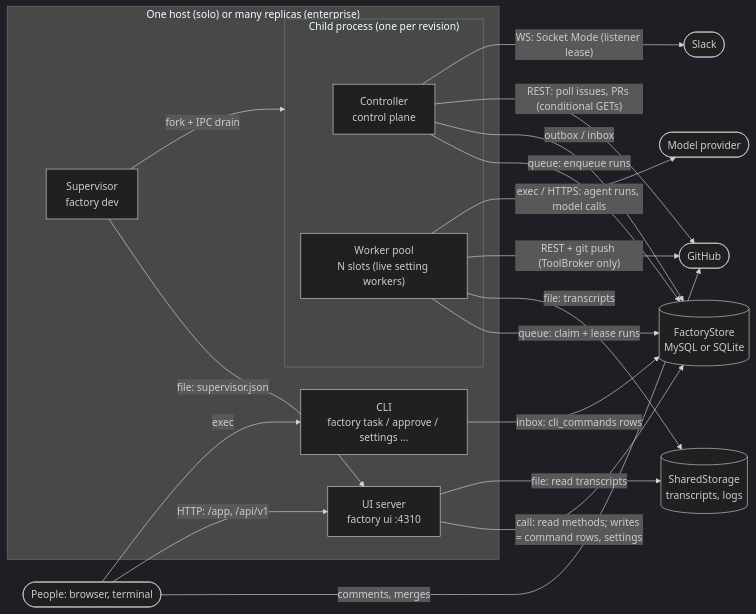
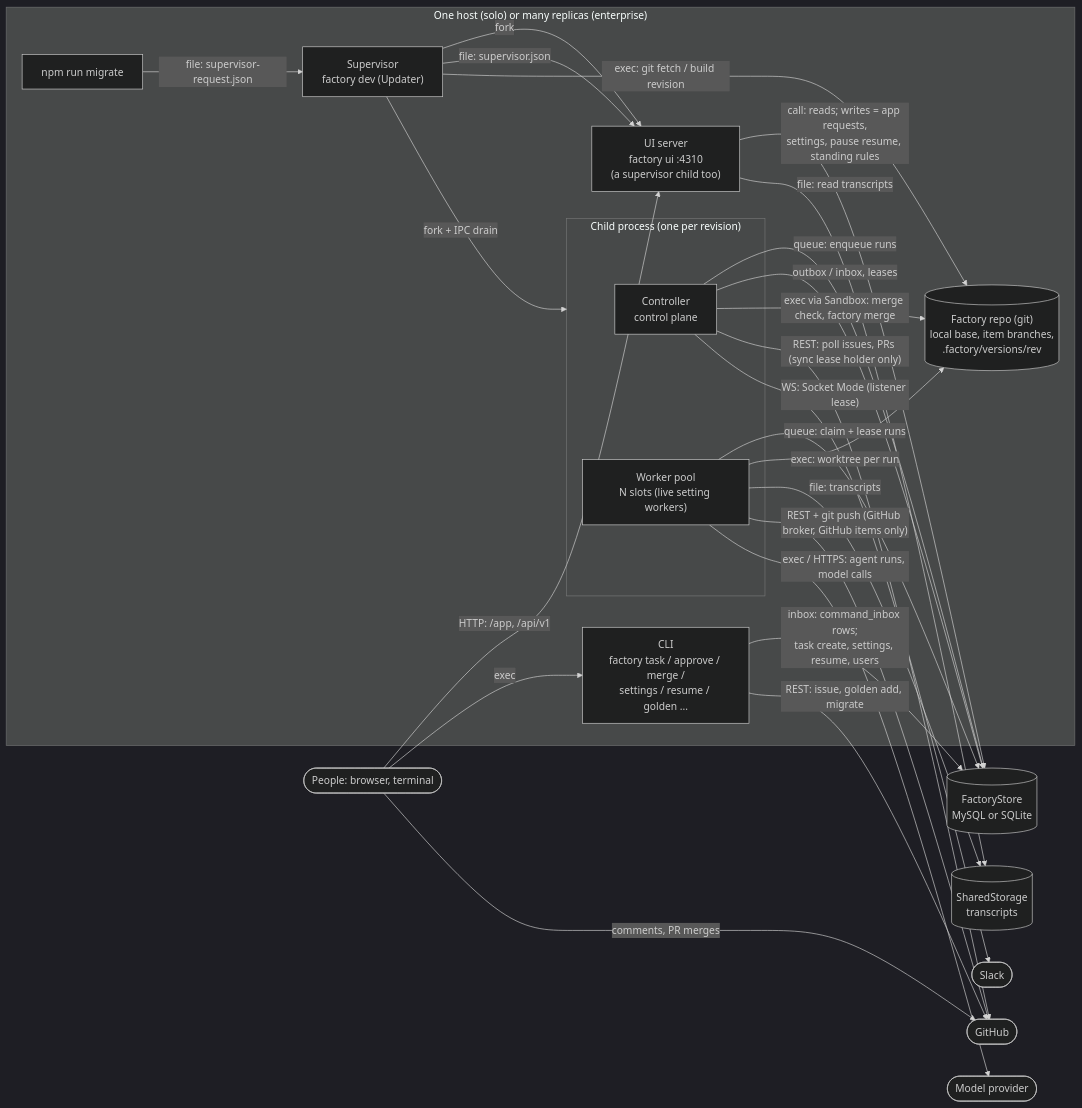
One commit to seonWKim/software-factory changed the first of 6 diagrams in ARCHITECTURE.md. Above: the diagram before and after it, drawn with Mermaid (dark theme). The commit also changed other lines of this file, not shown here.

First line of the commit message:
ARCHITECTURE.md: match main, add local route and local-first gaps

````diff
--- a/ARCHITECTURE.md
+++ b/ARCHITECTURE.md
@@ -28,36 +28,44 @@
 ```mermaid
 graph LR
   subgraph HOST["One host (solo) or many replicas (enterprise)"]
-    SUP["Supervisor<br/>factory dev"]
+    SUP["Supervisor<br/>factory dev (Updater)"]
     subgraph CHILD["Child process (one per revision)"]
       CTL["Controller<br/>control plane"]
       WP["Worker pool<br/>N slots (live setting workers)"]
     end
-    UI["UI server<br/>factory ui :4310"]
-    CLI["CLI<br/>factory task / approve / settings ..."]
+    UI["UI server<br/>factory ui :4310<br/>(a supervisor child too)"]
+    CLI["CLI<br/>factory task / approve / merge /<br/>settings / resume / golden ..."]
+    MIG["npm run migrate"]
+    REPO[("Factory repo (git)<br/>local base, item branches,<br/>.factory/versions/rev")]
   end
 
   STORE[("FactoryStore<br/>MySQL or SQLite")]
-  STG[("SharedStorage<br/>transcripts, logs")]
+  STG[("SharedStorage<br/>transcripts")]
   GH(["GitHub"])
   SL(["Slack"])
   LLM(["Model provider"])
   PEOPLE(["People: browser, terminal"])
 
   SUP -- "fork + IPC drain" --> CHILD
+  SUP -- "fork" --> UI
   SUP -- "file: supervisor.json" --> UI
+  MIG -- "file: supervisor-request.json" --> SUP
+  SUP -- "exec: git fetch / build revision" --> REPO
   CTL -- "queue: enqueue runs" --> STORE
   WP -- "queue: claim + lease runs" --> STORE
-  CTL -- "outbox / inbox" --> STORE
-  UI -- "call: read methods; writes = command rows, settings" --> STORE
-  CLI -- "inbox: cli_commands rows" --> STORE
+  CTL -- "outbox / inbox, leases" --> STORE
+  UI -- "call: reads; writes = app requests,<br/>settings, pause resume, standing rules" --> STORE
+  CLI -- "inbox: command_inbox rows;<br/>task create, settings, resume, users" --> STORE
+  WP -- "exec: worktree per run" --> REPO
+  CTL -- "exec via Sandbox: merge check, factory merge" --> REPO
   WP -- "file: transcripts" --> STG
   UI -- "file: read transcripts" --> STG
-  CTL -- "REST: poll issues, PRs (conditional GETs)" --> GH
-  WP -- "REST + git push (ToolBroker only)" --> GH
+  CTL -- "REST: poll issues, PRs (sync lease holder only)" --> GH
+  WP -- "REST + git push (GitHub broker, GitHub items only)" --> GH
+  CLI -- "REST: issue, golden add, migrate" --> GH
   CTL -- "WS: Socket Mode (listener lease)" --> SL
   WP -- "exec / HTTPS: agent runs, model calls" --> LLM
   PEOPLE -- "HTTP: /app, /api/v1" --> UI
-  PEOPLE -- "comments, merges" --> GH
+  PEOPLE -- "comments, PR merges" --> GH
   PEOPLE -- "exec" --> CLI
 ```
````
